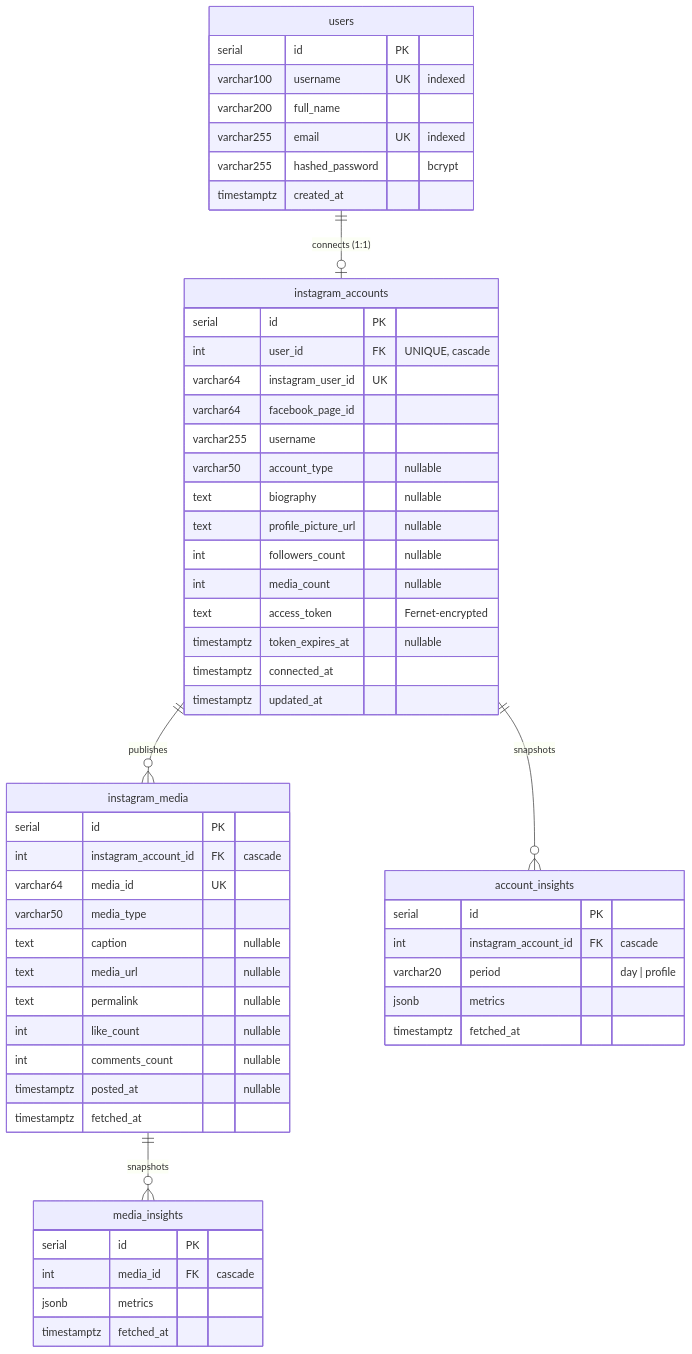
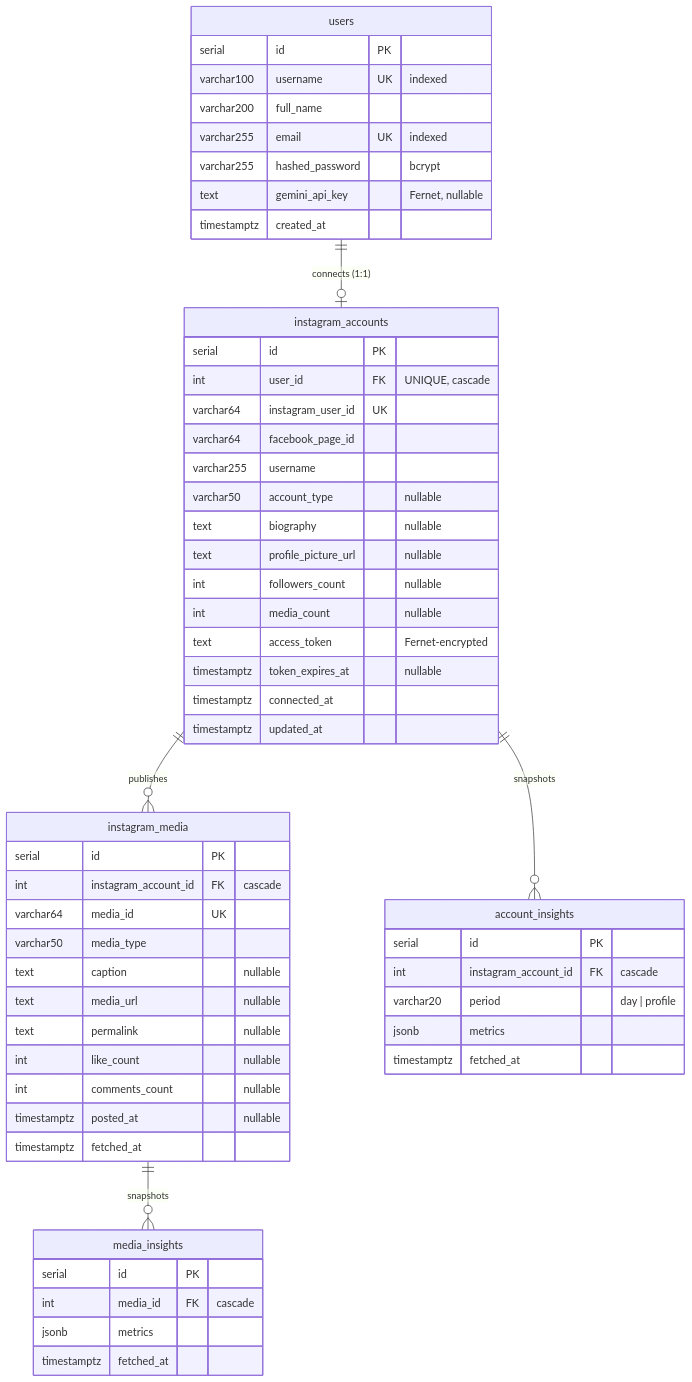
Before and after one commit to Manohar0441/instagram-ai-agent: the first of 2 diagrams in Documents/DATABASE.md, drawn with Mermaid. The commit also changed other lines of this file and 70 other files, not shown here.

````diff
--- a/Documents/DATABASE.md
+++ b/Documents/DATABASE.md
@@ -10,62 +10,63 @@
 ```mermaid
 erDiagram
     users ||--o| instagram_accounts : "connects (1:1)"
     instagram_accounts ||--o{ instagram_media : "publishes"
     instagram_accounts ||--o{ account_insights : "snapshots"
     instagram_media ||--o{ media_insights : "snapshots"
 
     users {
         serial id PK
         varchar100 username UK "indexed"
         varchar200 full_name
         varchar255 email UK "indexed"
         varchar255 hashed_password "bcrypt"
+        text gemini_api_key "Fernet, nullable"
         timestamptz created_at
     }
 
     instagram_accounts {
         serial id PK
         int user_id FK "UNIQUE, cascade"
         varchar64 instagram_user_id UK
         varchar64 facebook_page_id
         varchar255 username
         varchar50 account_type "nullable"
         text biography "nullable"
         text profile_picture_url "nullable"
         int followers_count "nullable"
         int media_count "nullable"
         text access_token "Fernet-encrypted"
         timestamptz token_expires_at "nullable"
         timestamptz connected_at
         timestamptz updated_at
     }
 
     instagram_media {
         serial id PK
         int instagram_account_id FK "cascade"
         varchar64 media_id UK
         varchar50 media_type
         text caption "nullable"
         text media_url "nullable"
         text permalink "nullable"
         int like_count "nullable"
         int comments_count "nullable"
         timestamptz posted_at "nullable"
         timestamptz fetched_at
     }
 
     account_insights {
         serial id PK
         int instagram_account_id FK "cascade"
         varchar20 period "day | profile"
         jsonb metrics
         timestamptz fetched_at
     }
 
     media_insights {
         serial id PK
         int media_id FK "cascade"
         jsonb metrics
         timestamptz fetched_at
     }
 ```
````
